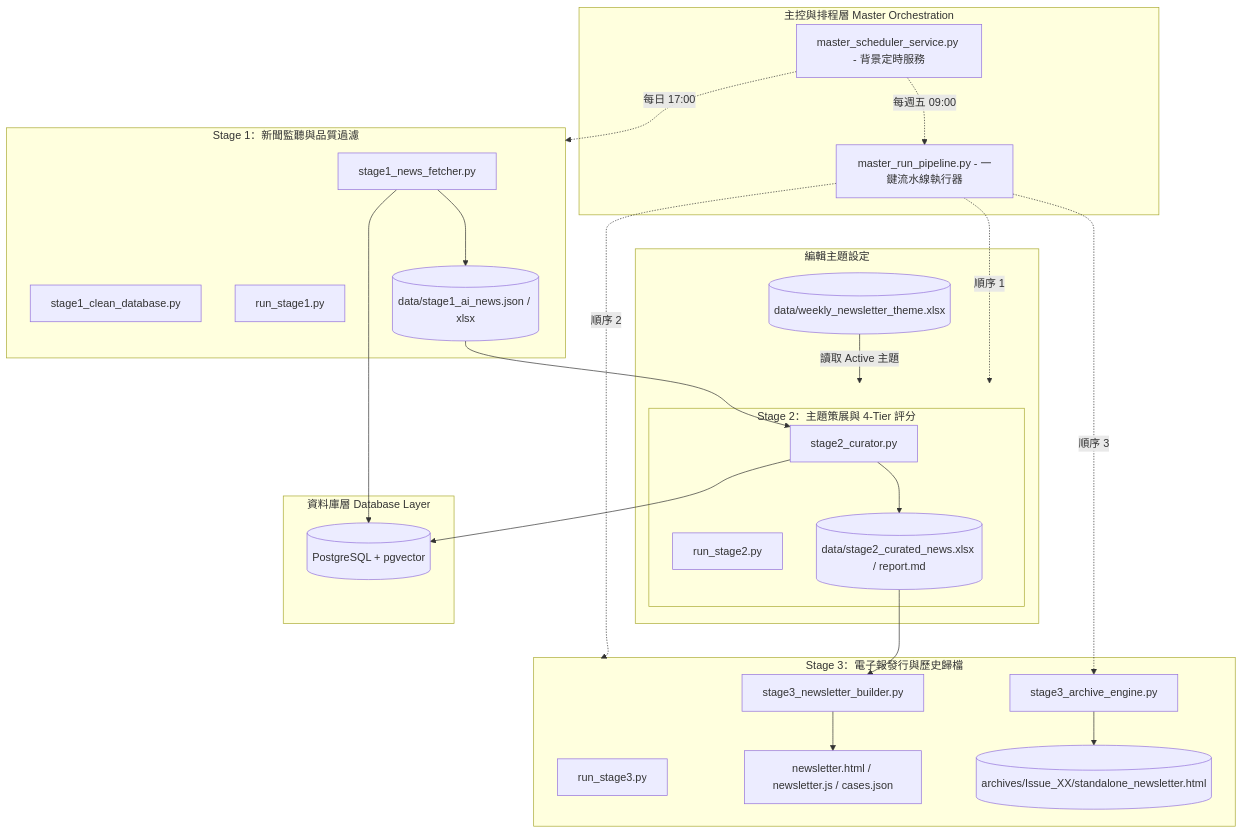
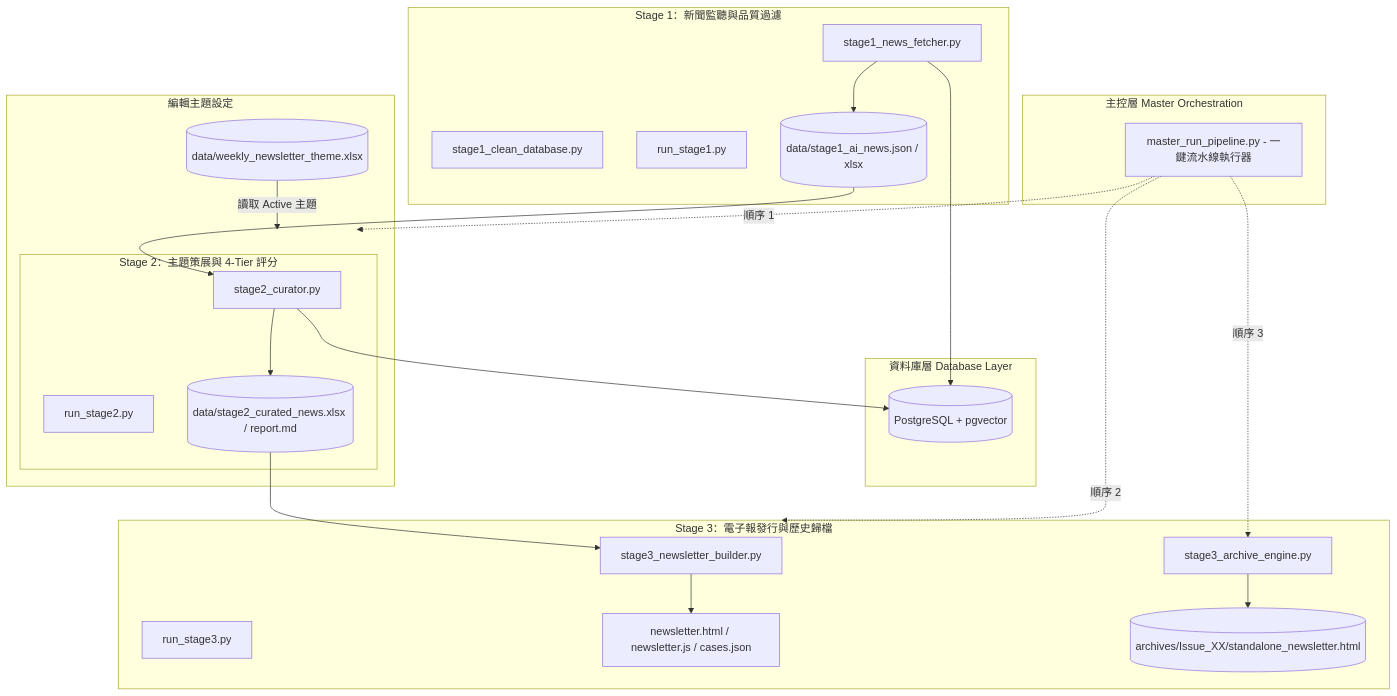
One commit to lenicelin/ai_trend_listening changed the diagram in README.md. Above: the diagram before and after it, drawn with Mermaid. The commit also changed other lines of this file and 1 other file, not shown here.

Commit message:
delete scheduler service

````diff
--- a/README.md
+++ b/README.md
@@ -35,45 +31,41 @@
 ```mermaid
 flowchart TD
-    subgraph Master [主控與排程層 Master Orchestration]
+    subgraph Master [主控層 Master Orchestration]
         PIPE[master_run_pipeline.py - 一鍵流水線執行器]
-        SCHED[master_scheduler_service.py - 背景定時服務]
     end
 
     subgraph Config [編輯主題設定]
         EXCEL[(data/weekly_newsletter_theme.xlsx)] -->|讀取 Active 主題| STAGE2
     end
 
     subgraph DB [資料庫層 Database Layer]
         PG[(PostgreSQL + pgvector)]
     end
 
     subgraph STAGE1 [Stage 1：新聞監聽與品質過濾]
         S1_FETCH[stage1_news_fetcher.py]
         S1_CLEAN[stage1_clean_database.py]
         S1_RUN[run_stage1.py]
         S1_FETCH --> S1_DATA[(data/stage1_ai_news.json / xlsx)]
         S1_FETCH --> PG
     end
 
     subgraph STAGE2 [Stage 2：主題策展與 4-Tier 評分]
         S1_DATA --> S2_CURATE[stage2_curator.py]
         S2_RUN[run_stage2.py]
         S2_CURATE --> S2_DATA[(data/stage2_curated_news.xlsx / report.md)]
         S2_CURATE --> PG
     end
 
     subgraph STAGE3 [Stage 3：電子報發行與歷史歸檔]
         S2_DATA --> S3_BUILD[stage3_newsletter_builder.py]
         S3_ARC[stage3_archive_engine.py]
         S3_RUN[run_stage3.py]
         S3_BUILD --> S3_WEB[newsletter.html / newsletter.js / cases.json]
         S3_ARC --> ARCHIVE[(archives/Issue_XX/standalone_newsletter.html)]
     end
 
     PIPE -.->|順序 1| STAGE2
     PIPE -.->|順序 2| STAGE3
     PIPE -.->|順序 3| S3_ARC
-
-    SCHED -.->|每日 17:00| STAGE1
-    SCHED -.->|每週五 09:00| PIPE
 ```
````
